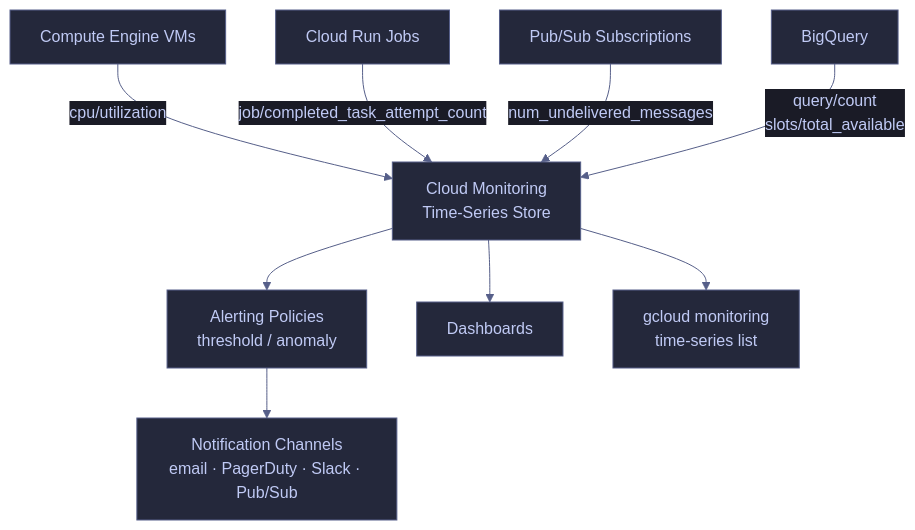
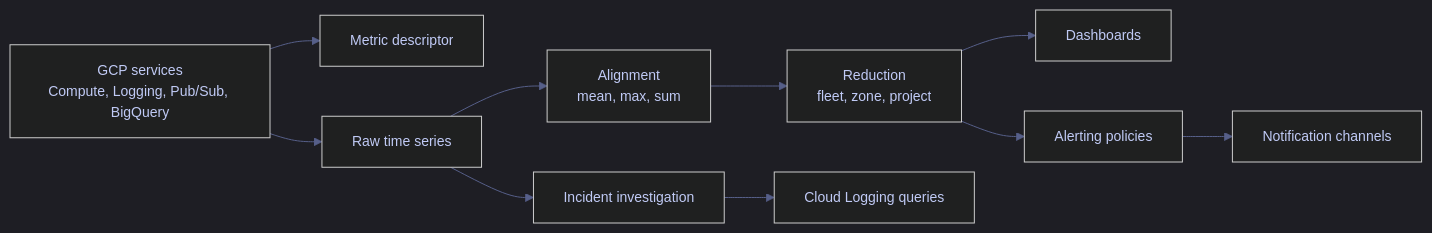
The diagram in content/06-GCP/07-Logging/02-cloud-monitoring-metrics.md (alp78/elysium), drawn with Mermaid before and after one commit. The commit also changed other lines of this file and 493 other files, not shown here.

````diff
--- a/content/06-GCP/07-Logging/02-cloud-monitoring-metrics.md
+++ b/content/06-GCP/07-Logging/02-cloud-monitoring-metrics.md
@@ -25,12 +283,24 @@
 ```mermaid
-%%{init: {"theme": "base", "themeVariables": {"primaryColor": "#7aa2f7","primaryTextColor": "#c0caf5","primaryBorderColor": "#565f89","lineColor": "#565f89","secondaryColor": "#1a1b26","tertiaryColor": "#24283b","background": "#1a1b26","mainBkg": "#24283b","nodeBorder": "#565f89","clusterBkg": "#1a1b26","titleColor": "#c0caf5","edgeLabelBackground": "#1a1b26","attributeBackgroundColorEven": "#1a1b26","attributeBackgroundColorOdd": "#24283b"}}}%%
-flowchart TD
-    VMs["Compute Engine VMs"] -->|cpu/utilization| CM["Cloud Monitoring<br>Time-Series Store"]
-    CR["Cloud Run Jobs"] -->|job/completed_task_attempt_count| CM
-    PS["Pub/Sub Subscriptions"] -->|num_undelivered_messages| CM
-    BQ["BigQuery"] -->|"query/count<br>slots/total_available"| CM
-    CM --> AP["Alerting Policies<br>threshold / anomaly"]
-    CM --> DB["Dashboards"]
-    CM --> CLI["gcloud monitoring<br>time-series list"]
-    AP --> NC["Notification Channels<br>email · PagerDuty · Slack · Pub/Sub"]
+%%{init: {'theme': 'dark', 'themeVariables': {
+  'primaryColor': '#292e42',
+  'primaryTextColor': '#c0caf5',
+  'primaryBorderColor': '#565f89',
+  'lineColor': '#565f89',
+  'secondaryColor': '#1a1b26',
+  'tertiaryColor': '#24283b',
+  'noteTextColor': '#c0caf5',
+  'noteBkgColor': '#292e42',
+  'textColor': '#c0caf5',
+  'fontSize': '14px'
+}}}%%
+flowchart LR
+    A["GCP services<br>Compute, Logging, Pub/Sub, BigQuery"] --> B["Metric descriptor"]
+    A --> C["Raw time series"]
+    C --> D["Alignment<br>mean, max, sum"]
+    D --> E["Reduction<br>fleet, zone, project"]
+    E --> F["Dashboards"]
+    E --> G["Alerting policies"]
+    G --> H["Notification channels"]
+    C --> I["Incident investigation"]
+    I --> J["Cloud Logging queries"]
 ```
````
